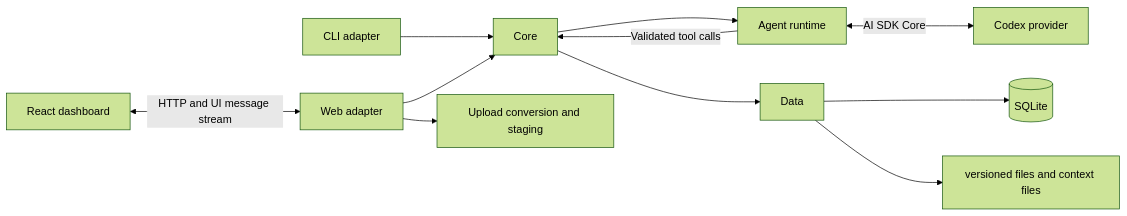
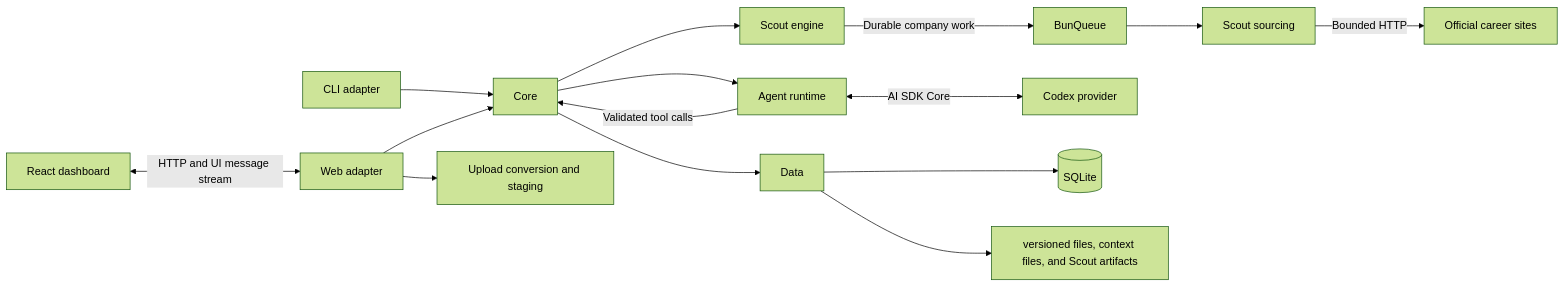
Before and after one commit to paulmccallick/gig-finder: the diagram in docs/architecture/overview.md, drawn with Mermaid (forest theme). The commit also changed other lines of this file, not shown here.

Commit message:
Diagram Scout architecture flow

````diff
--- a/docs/architecture/overview.md
+++ b/docs/architecture/overview.md
@@ -6,13 +6,17 @@
 ```mermaid
 flowchart LR
   Browser[React dashboard] <-->|HTTP and UI message stream| Web[Web adapter]
   CLI[CLI adapter] --> Core
   Web --> Core
   Web --> Uploads[Upload conversion and staging]
   Core --> Agent[Agent runtime]
   Core --> Data
+  Core --> ScoutEngine[Scout engine]
+  ScoutEngine -->|Durable company work| Queue[BunQueue]
+  Queue --> ScoutSourcing[Scout sourcing]
+  ScoutSourcing --> |Bounded HTTP| CareerSites[Official career sites]
   Agent <-->|AI SDK Core| Model[Codex provider]
   Agent -->|Validated tool calls| Core
   Data --> SQLite[(SQLite)]
-  Data --> Files[versioned files and context files]
+  Data --> Files[versioned files, context files, and Scout artifacts]
 ```
````
